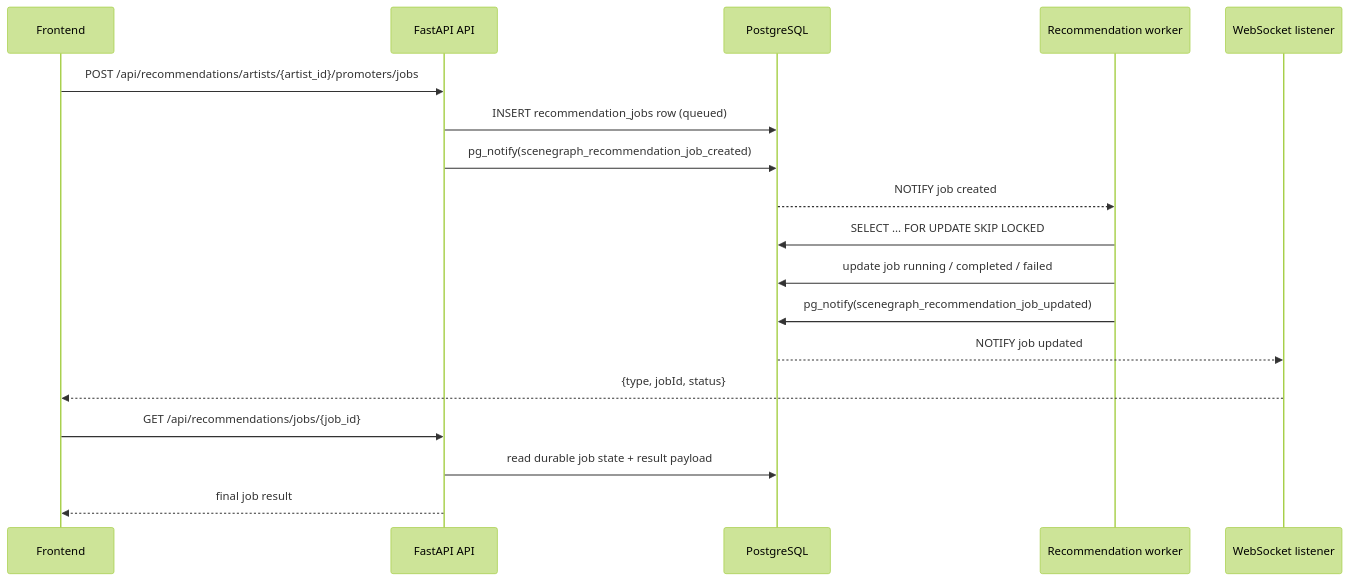
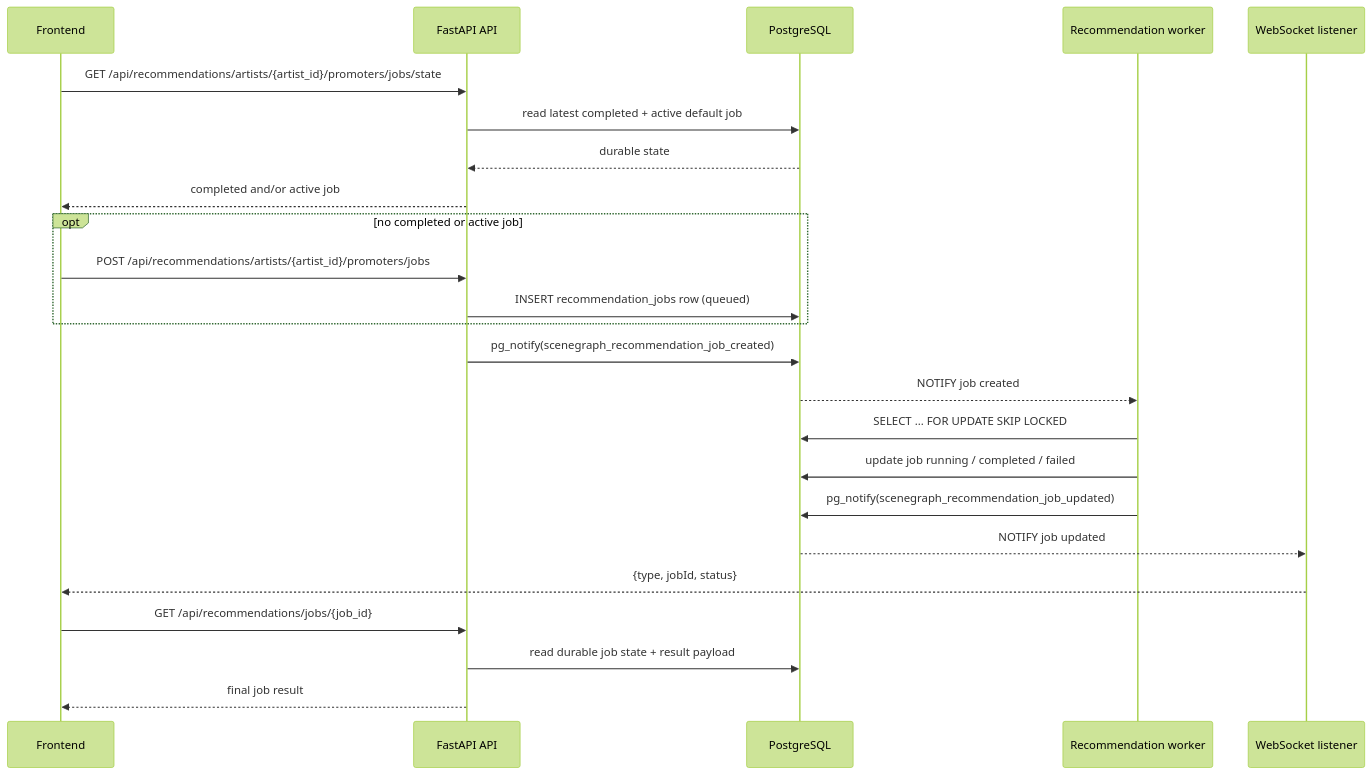
One commit to tghnx1/scenegraph changed the first of 2 diagrams in docs/recommendation-jobs.md. Above: the diagram before and after it, drawn with Mermaid (forest theme). The commit also changed other lines of this file and 16 other files, not shown here.

Commit message:
feat: complete recommendation job stage 2

````diff
--- a/docs/recommendation-jobs.md
+++ b/docs/recommendation-jobs.md
@@ -27,21 +34,27 @@
 ```mermaid
 sequenceDiagram
     participant FE as Frontend
     participant API as FastAPI API
     participant DB as PostgreSQL
     participant W as Recommendation worker
     participant WS as WebSocket listener
 
-    FE->>API: POST /api/recommendations/artists/{artist_id}/promoters/jobs
-    API->>DB: INSERT recommendation_jobs row (queued)
+    FE->>API: GET /api/recommendations/artists/{artist_id}/promoters/jobs/state
+    API->>DB: read latest completed + active default job
+    DB-->>API: durable state
+    API-->>FE: completed and/or active job
+    opt no completed or active job
+        FE->>API: POST /api/recommendations/artists/{artist_id}/promoters/jobs
+        API->>DB: INSERT recommendation_jobs row (queued)
+    end
     API->>DB: pg_notify(scenegraph_recommendation_job_created)
     DB-->>W: NOTIFY job created
     W->>DB: SELECT ... FOR UPDATE SKIP LOCKED
     W->>DB: update job running / completed / failed
     W->>DB: pg_notify(scenegraph_recommendation_job_updated)
     DB-->>WS: NOTIFY job updated
     WS-->>FE: {type, jobId, status}
     FE->>API: GET /api/recommendations/jobs/{job_id}
     API->>DB: read durable job state + result payload
     API-->>FE: final job result
 ```
````
